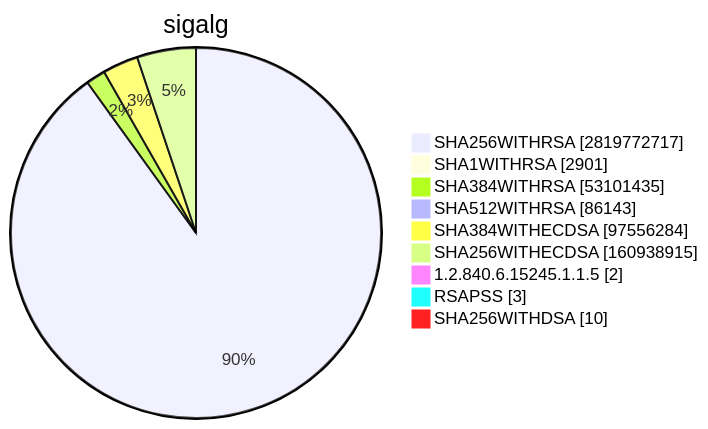
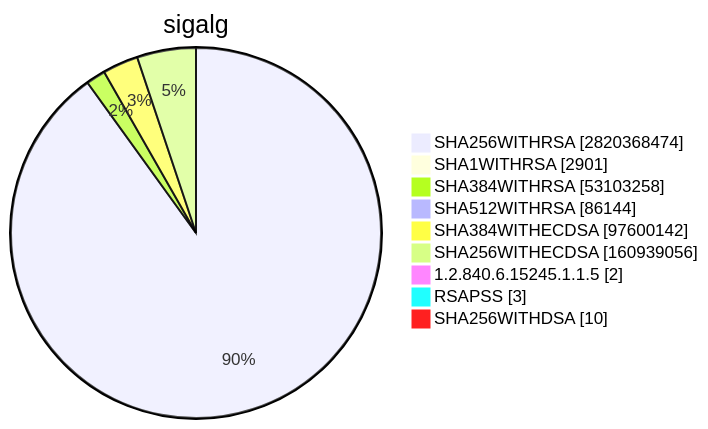
Diagram 15 of 15 in TOTAL/README.md (christiankrug/ctmonitor_visualization), drawn with Mermaid before and after one commit. The commit also changed other lines of this file, not shown here.

````diff
--- a/TOTAL/README.md
+++ b/TOTAL/README.md
@@ -6207,13 +6207,13 @@
 ```mermaid
 pie showData
 title sigalg
-"SHA256WITHRSA" :2819772717
+"SHA256WITHRSA" :2820368474
 "SHA1WITHRSA" :2901
-"SHA384WITHRSA" :53101435
-"SHA512WITHRSA" :86143
-"SHA384WITHECDSA" :97556284
-"SHA256WITHECDSA" :160938915
+"SHA384WITHRSA" :53103258
+"SHA512WITHRSA" :86144
+"SHA384WITHECDSA" :97600142
+"SHA256WITHECDSA" :160939056
 "1.2.840.6.15245.1.1.5" :2
 "RSAPSS" :3
 "SHA256WITHDSA" :10
 ```
````
